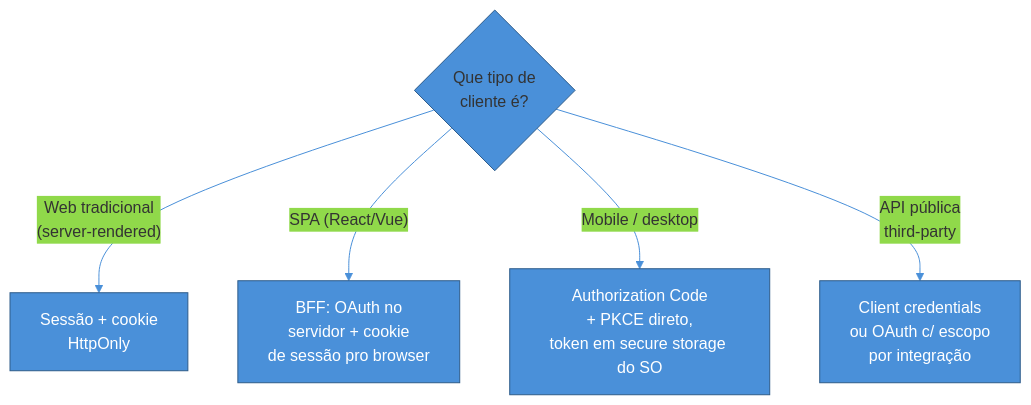
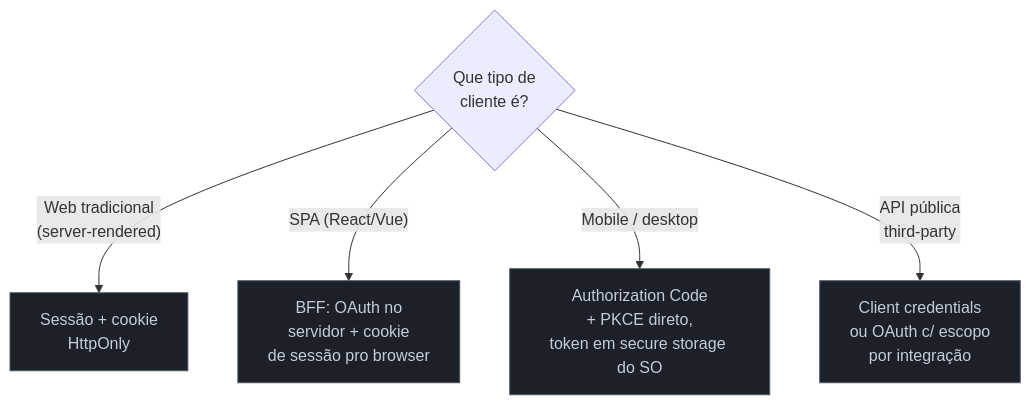
The second of 4 diagrams in 03-Dominios/Engenharia/Auth e Identidade/Capstone — Desenhando a identidade de um SaaS B2B do zero.md (josenaldo/codex-technomanticus), drawn with Mermaid before and after one commit. The commit also changed other lines of this file and 1181 other files, not shown here.

First line of the commit message:
fix(diagramas): paleta do sistema no lugar de cor cravada no markdown

````diff
--- a/03-Dominios/Engenharia/Auth e Identidade/Capstone — Desenhando a identidade de um SaaS B2B do zero.md
+++ b/03-Dominios/Engenharia/Auth e Identidade/Capstone — Desenhando a identidade de um SaaS B2B do zero.md
@@ -82,14 +84,14 @@
 ```mermaid
-%%{init: {"theme": "base", "themeVariables": {"primaryColor": "#4A90D9", "primaryBorderColor": "#2E5C8A", "lineColor": "#4A90D9"}}}%%
 graph TD
+    classDef neutro fill:#1B2029,stroke:#4E5666,color:#C6CCD8
     Q{"Que tipo de<br/>cliente é?"}
     Q -->|"Web tradicional<br/>(server-rendered)"| S["Sessão + cookie<br/>HttpOnly"]
     Q -->|"SPA (React/Vue)"| BFF["BFF: OAuth no<br/>servidor + cookie<br/>de sessão pro browser"]
     Q -->|"Mobile / desktop"| M["Authorization Code<br/>+ PKCE direto,<br/>token em secure storage do SO"]
     Q -->|"API pública<br/>third-party"| API["Client credentials<br/>ou OAuth c/ escopo<br/>por integração"]
 
-    style S fill:#4A90D9,color:#fff
-    style BFF fill:#4A90D9,color:#fff
-    style M fill:#4A90D9,color:#fff
-    style API fill:#4A90D9,color:#fff
+    class S neutro
+    class BFF neutro
+    class M neutro
+    class API neutro
 ```
````
